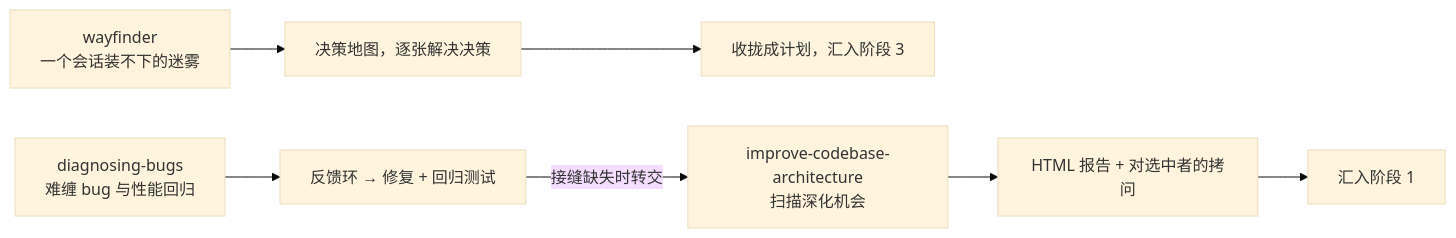
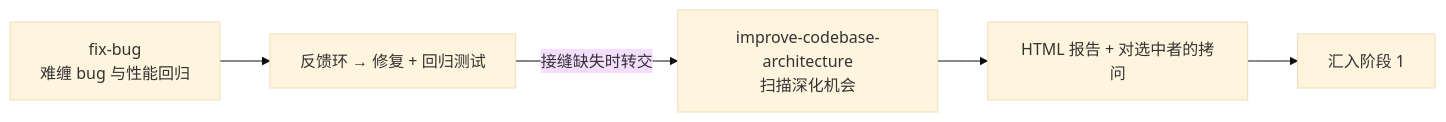
One commit to m430/skills changed the eighth of 8 diagrams in README.md. Above: the diagram before and after it, drawn with Mermaid (base theme). The commit also changed other lines of this file and 30 other files, not shown here.

````diff
--- a/README.md
+++ b/README.md
@@ -193,7 +191,6 @@
 ```mermaid
 flowchart LR
-    WF["wayfinder<br/>一个会话装不下的迷雾"] --> B2["决策地图，逐张解决决策"] --> X3["收拢成计划，汇入阶段 3"]
     IA["improve-codebase-architecture<br/>扫描深化机会"] --> R2["HTML 报告 + 对选中者的拷问"] --> X1["汇入阶段 1"]
-    DB["diagnosing-bugs<br/>难缠 bug 与性能回归"] --> R3["反馈环 → 修复 + 回归测试"]
+    DB["fix-bug<br/>难缠 bug 与性能回归"] --> R3["反馈环 → 修复 + 回归测试"]
     R3 -->|接缝缺失时转交| IA
 ```
````
